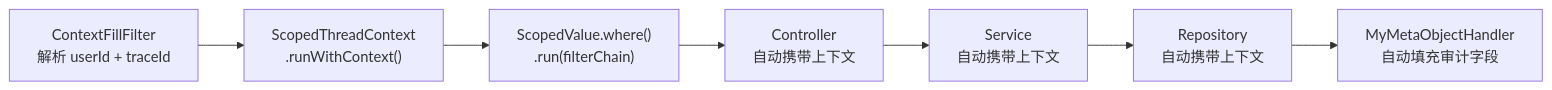
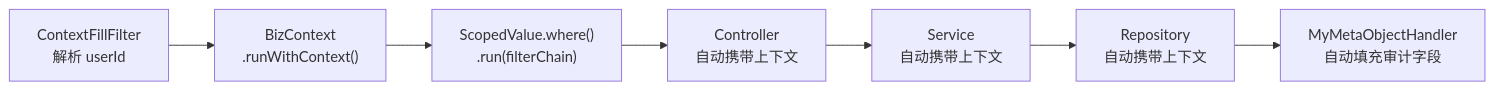
One commit to LeoNardo-LB/web-quick-start-light changed the first of 3 diagrams in docs/architecture/thread-context.md. Above: the diagram before and after it, drawn with Mermaid. The commit also changed other lines of this file and 26 other files, not shown here.

First line of the commit message:
docs: 修复 27 个文件的大规模文档漂移（ScopedThreadContext→BizContext、Micrometer→OTel、middleware→component）

````diff
--- a/docs/architecture/thread-context.md
+++ b/docs/architecture/thread-context.md
@@ -36,9 +36,9 @@
 ```mermaid
 flowchart LR
-    A["ContextFillFilter<br/>解析 userId + traceId"] --> B["ScopedThreadContext<br/>.runWithContext()"]
+    A["ContextFillFilter<br/>解析 userId"] --> B["BizContext<br/>.runWithContext()"]
     B --> C["ScopedValue.where()<br/>.run(filterChain)"]
     C --> D["Controller<br/>自动携带上下文"]
     D --> E["Service<br/>自动携带上下文"]
     E --> F["Repository<br/>自动携带上下文"]
     F --> G["MyMetaObjectHandler<br/>自动填充审计字段"]
 ```
````
